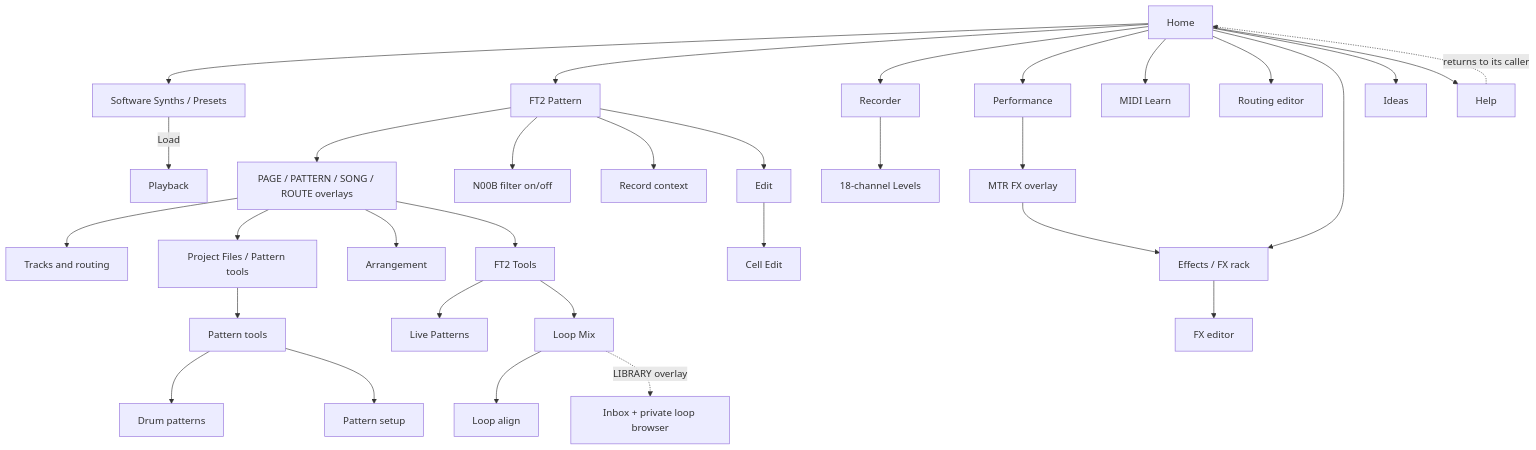
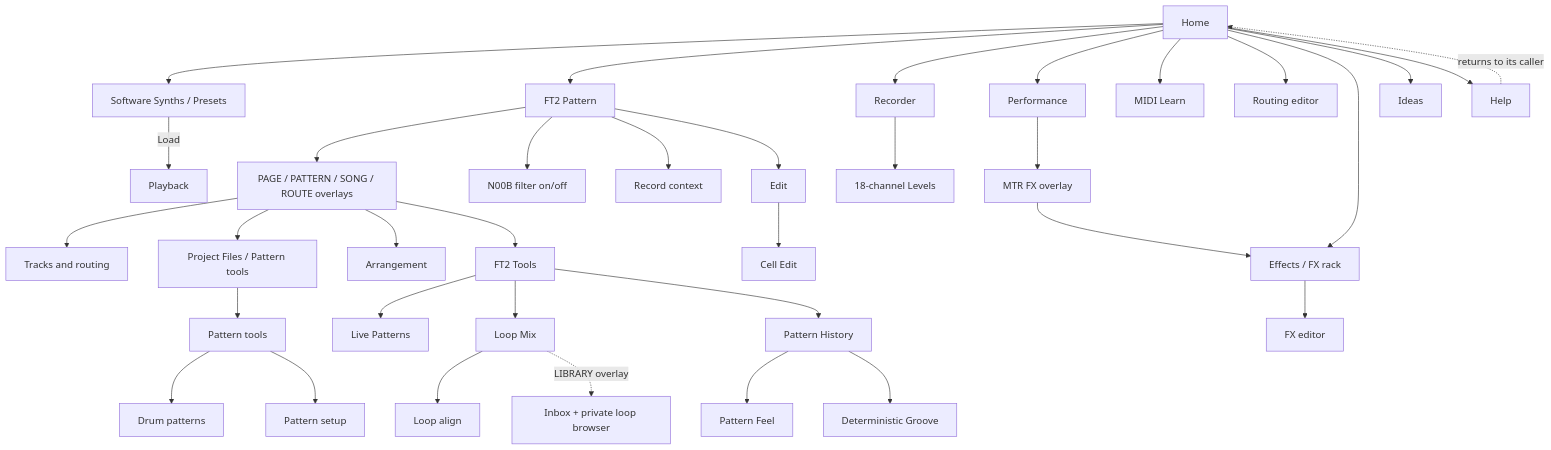
One commit to PaolaShultz/shr-daw changed the diagram in docs/MENU_MANUAL.md. Above: the diagram before and after it, drawn with Mermaid. The commit also changed other lines of this file and 16 other files, not shown here.

Commit message:
Add FT2 pattern history and rhythm workflow

````diff
--- a/docs/MENU_MANUAL.md
+++ b/docs/MENU_MANUAL.md
@@ -83,34 +83,37 @@
 ```mermaid
 flowchart TD
     H0[Home] --> P[Software Synths / Presets]
     H0 --> T[FT2 Pattern]
     H0 --> A[Recorder]
     A --> LV[18-channel Levels]
     H0 --> M[Performance]
     H0 --> ML[MIDI Learn]
     H0 --> RTE[Routing editor]
     H0 --> FX[Effects / FX rack]
     H0 --> I[Ideas]
     H0 --> H[Help]
     P -->|Load| PB[Playback]
     M --> MO[MTR FX overlay]
     MO --> FX
     FX --> FE[FX editor]
     T --> ON[PAGE / PATTERN / SONG / ROUTE overlays]
     T --> N[N00B filter on/off]
     T --> R[Record context]
     T --> E[Edit]
     E --> CE[Cell Edit]
     ON --> TR[Tracks and routing]
     ON --> F[Project Files / Pattern tools]
     ON --> AR[Arrangement]
     ON --> TT[FT2 Tools]
     TT --> LP[Live Patterns]
     TT --> L[Loop Mix]
+    TT --> HS[Pattern History]
+    HS --> FEEL[Pattern Feel]
+    HS --> GROOVE[Deterministic Groove]
     F --> PT[Pattern tools]
     PT --> D[Drum patterns]
     PT --> PS[Pattern setup]
     L --> LA[Loop align]
     L -. LIBRARY overlay .-> LL[Inbox + private loop browser]
     H -. returns to its caller .-> H0
 ```
````
